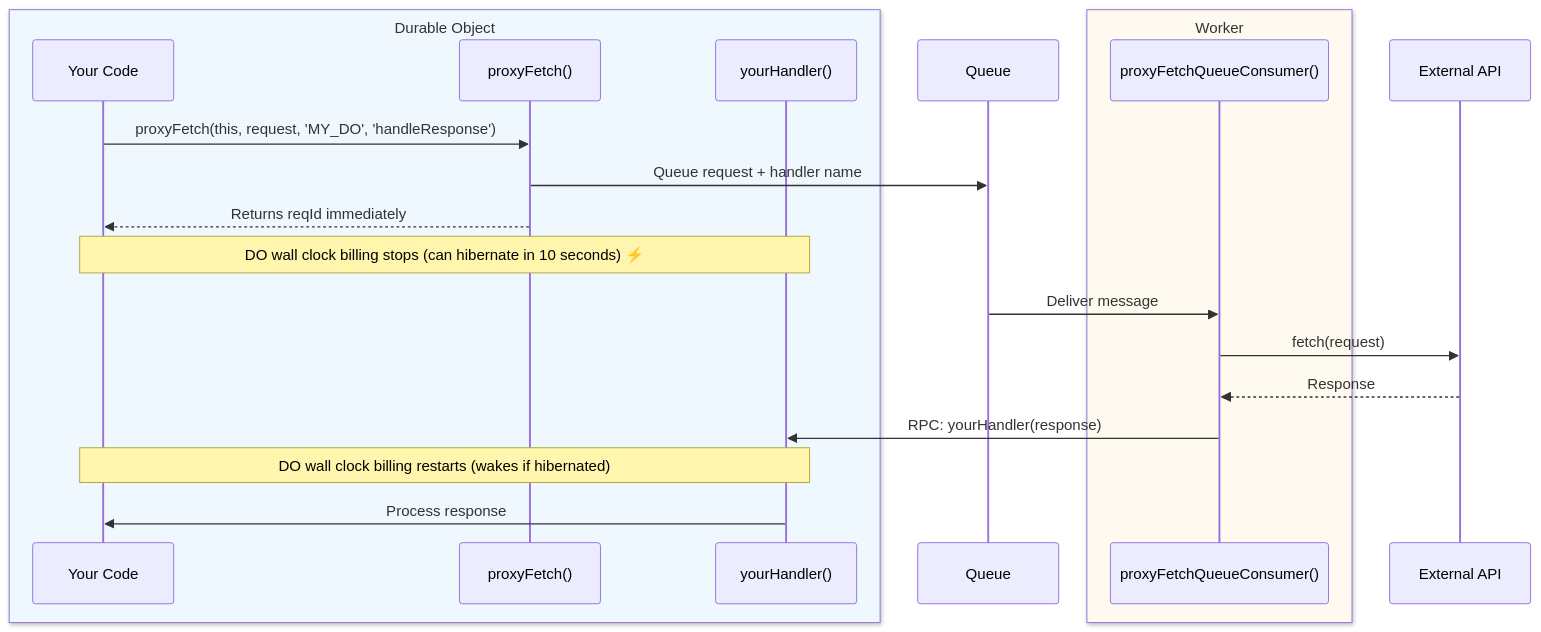
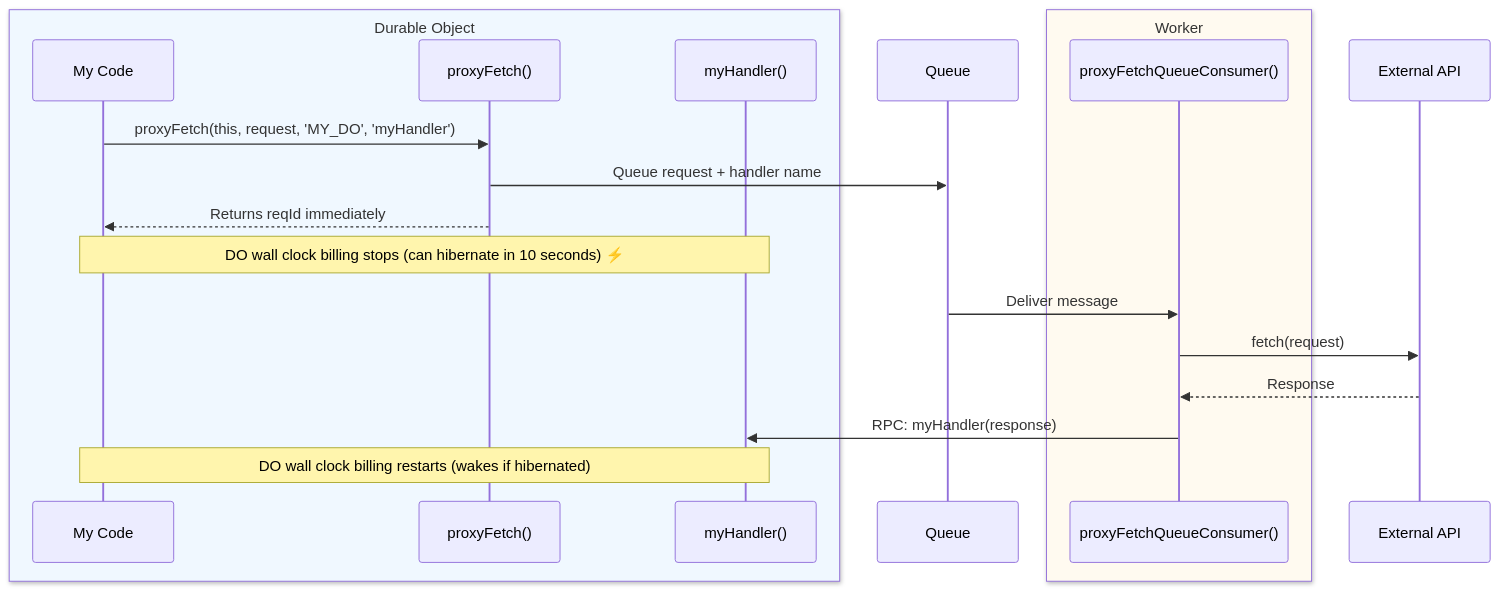
One commit to lumenize/lumenize changed the diagram in website/docs/proxy-fetch/index.mdx. Above: the diagram before and after it, drawn with Mermaid. The commit also changed other lines of this file and 3 other files, not shown here.

````diff
--- a/website/docs/proxy-fetch/index.mdx
+++ b/website/docs/proxy-fetch/index.mdx
@@ -44,25 +44,24 @@
 ```mermaid @skip-check
 sequenceDiagram
     box rgb(240, 248, 255) Durable Object
-        participant User as Your Code
+        participant User as My Code
         participant ProxyFetch as proxyFetch()
-        participant Handler as yourHandler()
+        participant Handler as myHandler()
     end
     participant Queue as Queue
     box rgb(255, 250, 240) Worker
         participant QueueConsumer as proxyFetchQueueConsumer()
     end
     participant API as External API
 
-    User->>ProxyFetch: proxyFetch(this, request, 'MY_DO', 'handleResponse')
+    User->>ProxyFetch: proxyFetch(this, request, 'MY_DO', 'myHandler')
     ProxyFetch->>Queue: Queue request + handler name
     ProxyFetch-->>User: Returns reqId immediately
     Note over User,Handler: DO wall clock billing stops (can hibernate in 10 seconds) ⚡
 
     Queue->>QueueConsumer: Deliver message
     QueueConsumer->>API: fetch(request)
     API-->>QueueConsumer: Response
-    QueueConsumer->>Handler: RPC: yourHandler(response)
+    QueueConsumer->>Handler: RPC: myHandler(response)
     Note over User,Handler: DO wall clock billing restarts (wakes if hibernated)
-    Handler->>User: Process response
 ```
````
